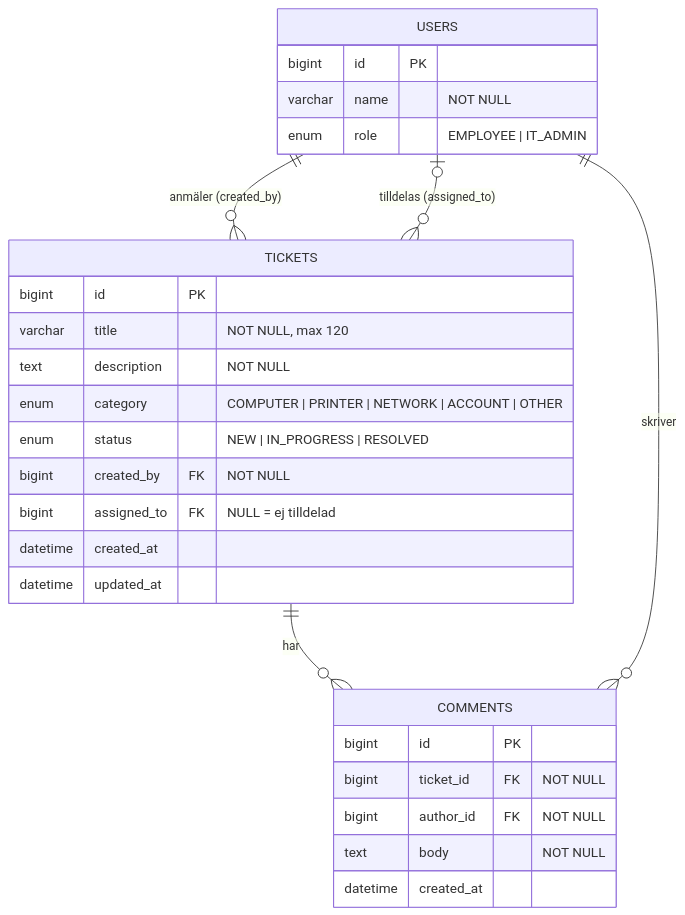
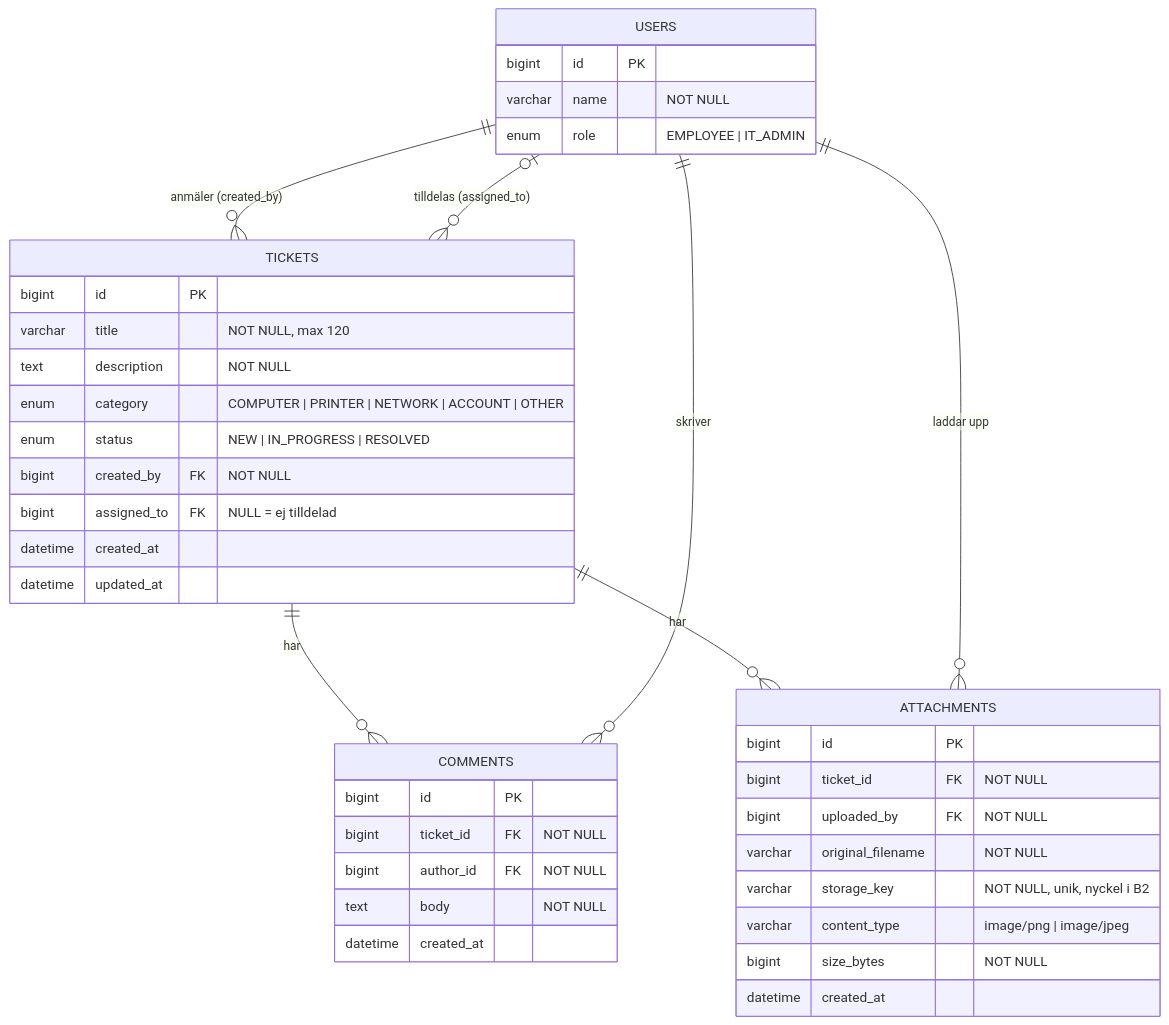
The diagram in docs/databasschema.md (theBANDsoftware/Helpdesk_BANMD), drawn with Mermaid before and after one commit. The commit also changed other lines of this file and 25 other files, not shown here.

````diff
--- a/docs/databasschema.md
+++ b/docs/databasschema.md
@@ -11,31 +11,43 @@
 ```mermaid
 erDiagram
     USERS ||--o{ TICKETS : "anmäler (created_by)"
     USERS |o--o{ TICKETS : "tilldelas (assigned_to)"
     TICKETS ||--o{ COMMENTS : har
     USERS ||--o{ COMMENTS : skriver
+    TICKETS ||--o{ ATTACHMENTS : har
+    USERS ||--o{ ATTACHMENTS : "laddar upp"
 
     USERS {
         bigint id PK
         varchar name "NOT NULL"
         enum role "EMPLOYEE | IT_ADMIN"
     }
     TICKETS {
         bigint id PK
         varchar title "NOT NULL, max 120"
         text description "NOT NULL"
         enum category "COMPUTER | PRINTER | NETWORK | ACCOUNT | OTHER"
         enum status "NEW | IN_PROGRESS | RESOLVED"
         bigint created_by FK "NOT NULL"
         bigint assigned_to FK "NULL = ej tilldelad"
         datetime created_at
         datetime updated_at
     }
     COMMENTS {
         bigint id PK
         bigint ticket_id FK "NOT NULL"
         bigint author_id FK "NOT NULL"
         text body "NOT NULL"
         datetime created_at
     }
+    ATTACHMENTS {
+        bigint id PK
+        bigint ticket_id FK "NOT NULL"
+        bigint uploaded_by FK "NOT NULL"
+        varchar original_filename "NOT NULL"
+        varchar storage_key "NOT NULL, unik, nyckel i B2"
+        varchar content_type "image/png | image/jpeg"
+        bigint size_bytes "NOT NULL"
+        datetime created_at
+    }
 ```
````
